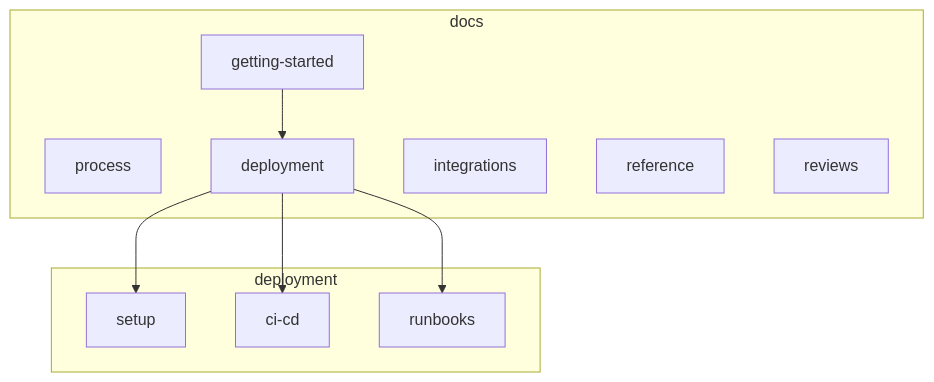
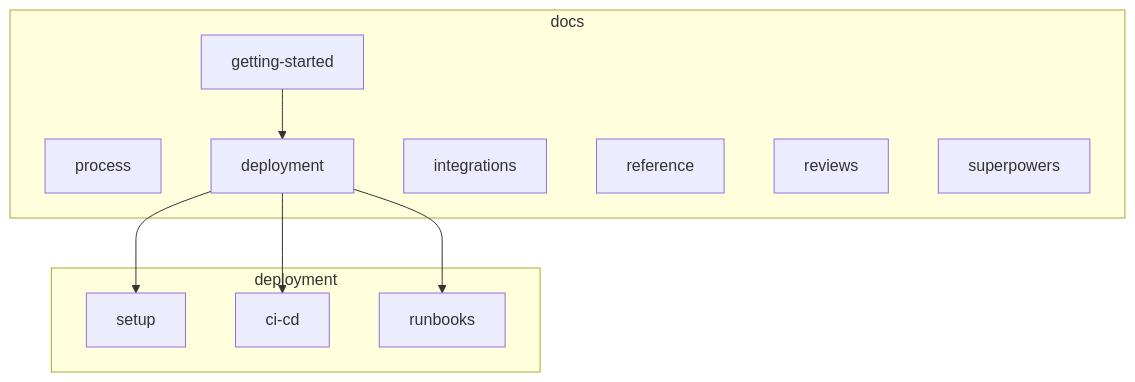
The diagram in docs/README.md (nikunjmavani/core-be), drawn with Mermaid before and after one commit. The commit also changed other lines of this file and 16 other files, not shown here.

````diff
--- a/docs/README.md
+++ b/docs/README.md
@@ -30,22 +31,23 @@
 ```mermaid
 flowchart TB
   subgraph docsRoot [docs]
     GS[getting-started]
     PR[process]
     DP[deployment]
     IN[integrations]
     RF[reference]
     RV[reviews]
+    SP[superpowers]
   end
 
   subgraph deploySub [deployment]
     SET[setup]
     CICD[ci-cd]
     RB[runbooks]
   end
 
   DP --> SET
   DP --> CICD
   DP --> RB
   GS --> DP
 ```
````
